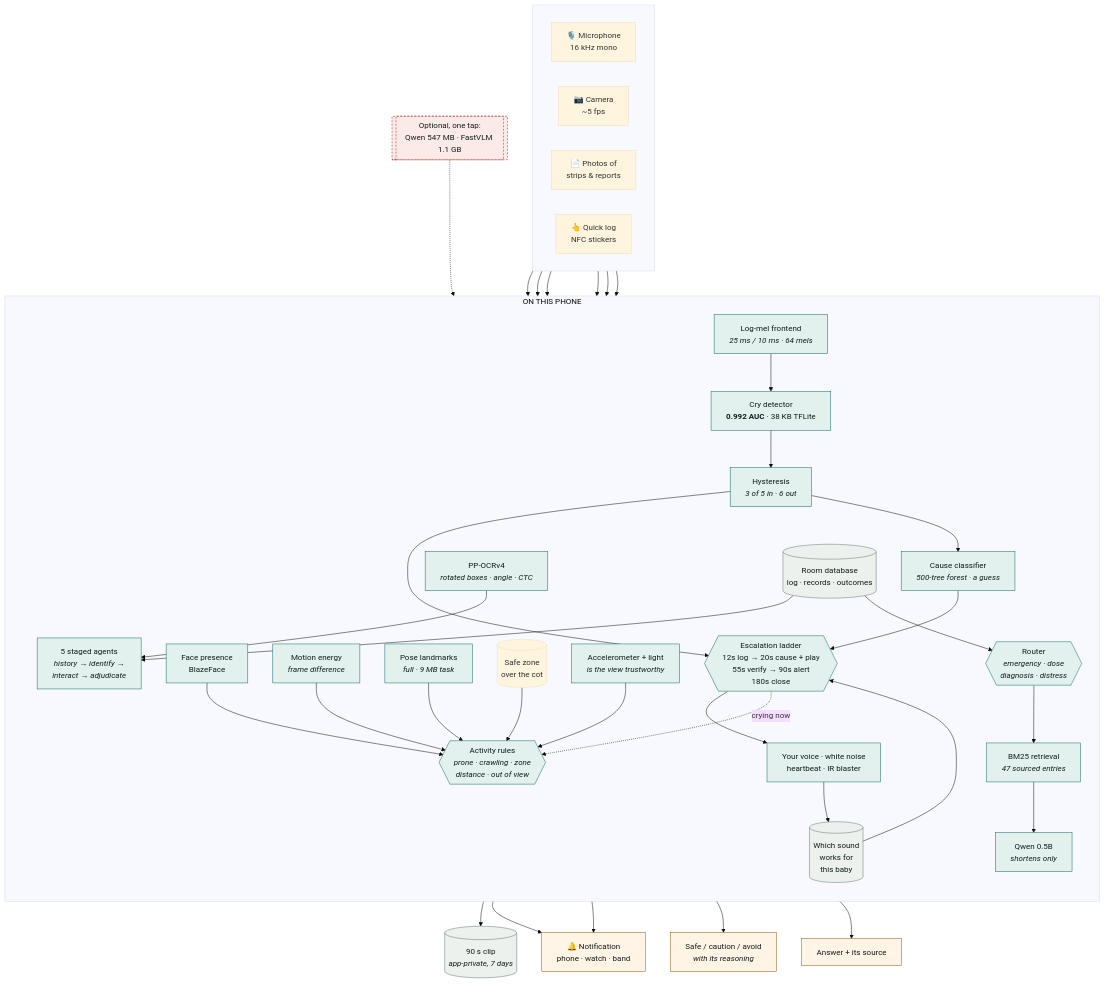
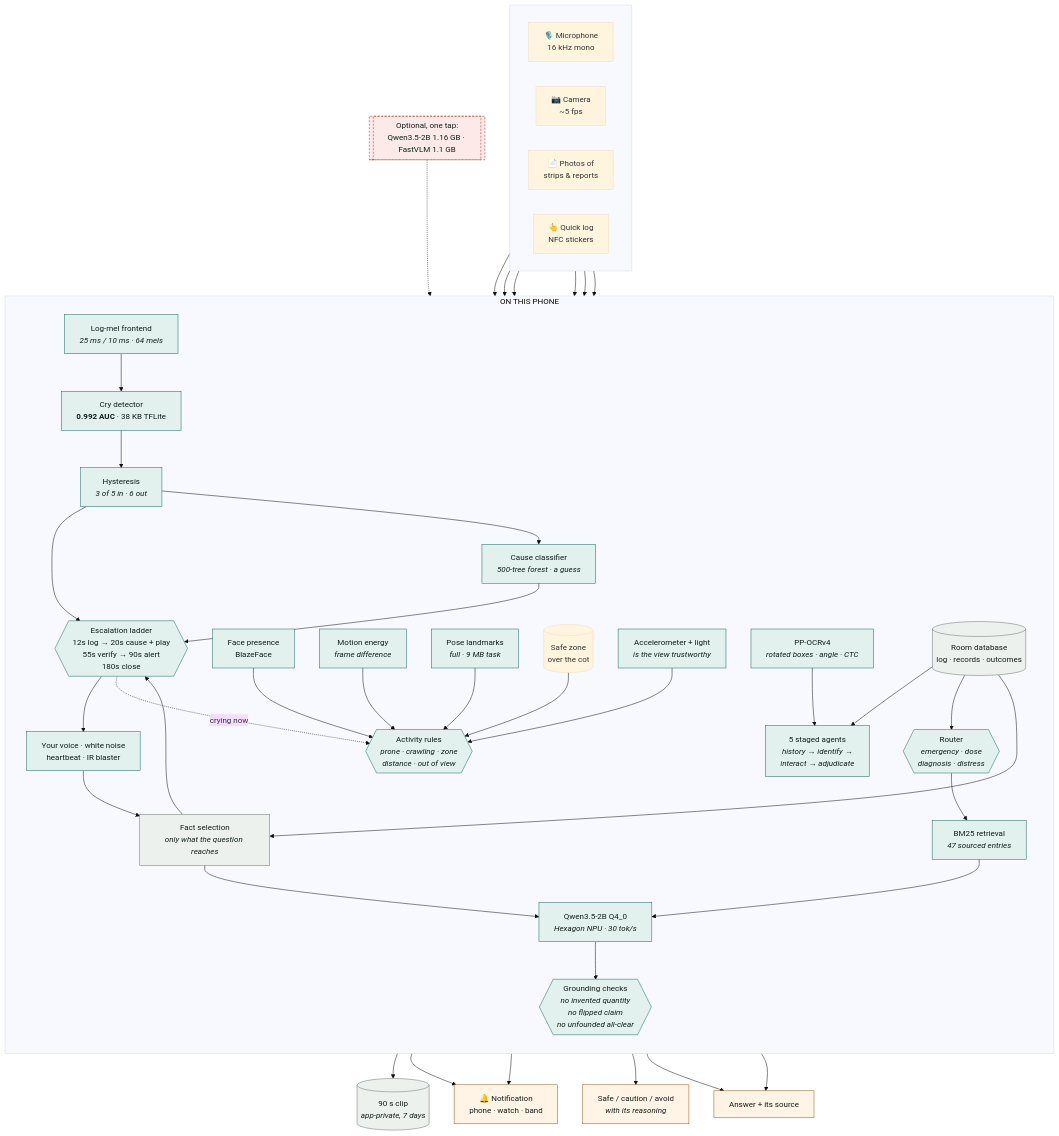
Before and after one commit to nandini-kuppala/Nila-By-Just_Us: the diagram in README.md, drawn with Mermaid (base theme). The commit also changed other lines of this file and 1 other file, not shown here.

````diff
--- a/README.md
+++ b/README.md
@@ -183,72 +190,77 @@
 ```mermaid
 flowchart TB
     subgraph inputs [" "]
         direction LR
         MIC["🎙️ Microphone<br/>16 kHz mono"]
         CAM["📷 Camera<br/>~5 fps"]
         DOC["📄 Photos of<br/>strips &amp; reports"]
         TAP["👆 Quick log<br/>NFC stickers"]
     end
 
     subgraph device ["ON THIS PHONE"]
         direction TB
 
         FE["Log-mel frontend<br/><i>25 ms / 10 ms · 64 mels</i>"]
         DET["Cry detector<br/><b>0.992 AUC</b> · 38 KB TFLite"]
         HYS["Hysteresis<br/><i>3 of 5 in · 6 out</i>"]
         RF["Cause classifier<br/><i>500-tree forest · a guess</i>"]
 
         LADDER{{"Escalation ladder<br/>12s log → 20s cause + play<br/>55s verify → 90s alert<br/>180s close"}}
         SOOTHE["Your voice · white noise<br/>heartbeat · IR blaster"]
         MEM[("Which sound<br/>works for<br/>this baby")]
 
         FACE["Face presence<br/>BlazeFace"]
         MOT["Motion energy<br/><i>frame difference</i>"]
         POSE["Pose landmarks<br/><i>full · 9 MB task</i>"]
         ACT{{"Activity rules<br/><i>prone · crawling · zone<br/>distance · out of view</i>"}}
         SENS["Accelerometer + light<br/><i>is the view trustworthy</i>"]
         ZONE[("Safe zone<br/>over the cot")]
 
         OCR["PP-OCRv4<br/><i>rotated boxes · angle · CTC</i>"]
         AGENTS["5 staged agents<br/><i>history → identify →<br/>interact → adjudicate</i>"]
 
         ROUTE{{"Router<br/><i>emergency · dose<br/>diagnosis · distress</i>"}}
         BM25["BM25 retrieval<br/><i>47 sourced entries</i>"]
-        LLM["Qwen 0.5B<br/><i>shortens only</i>"]
+        MEM["Fact selection<br/><i>only what the question reaches</i>"]
+        LLM["Qwen3.5-2B Q4_0<br/><i>Hexagon NPU · 30 tok/s</i>"]
+        GRD{{"Grounding checks<br/><i>no invented quantity<br/>no flipped claim<br/>no unfounded all-clear</i>"}}
 
         DB[("Room database<br/>log · records · outcomes")]
     end
 
     MIC --> FE --> DET --> HYS --> LADDER
     HYS --> RF --> LADDER
     LADDER --> SOOTHE --> MEM --> LADDER
     CAM --> FACE --> ACT
     CAM --> MOT --> ACT
     CAM --> POSE --> ACT
     ZONE --> ACT
     SENS --> ACT
     DOC --> OCR --> AGENTS
     TAP --> DB
     DB --> AGENTS
     DB --> ROUTE
     ROUTE --> BM25 --> LLM
+    DB --> MEM --> LLM
+    LLM --> GRD
 
     LADDER --> CLIP[("90 s clip<br/><i>app-private, 7 days</i>")]
     LADDER --> ALERT["🔔 Notification<br/>phone · watch · band"]
     ACT --> ALERT
     LADDER -.->|"crying now"| ACT
     AGENTS --> VERDICT["Safe / caution / avoid<br/><i>with its reasoning</i>"]
-    LLM --> ANSWER["Answer + its source"]
+    GRD --> ANSWER["Answer + its source"]
+    BM25 --> ANSWER
 
-    NET[["Optional, one tap:<br/>Qwen 547 MB · FastVLM 1.1 GB"]]
+    NET[["Optional, one tap:<br/>Qwen3.5-2B 1.16 GB · FastVLM 1.1 GB"]]
     NET -.-> LLM
 
     classDef box fill:#E2F1ED,stroke:#0F6B60,stroke-width:1px,color:#101D1A
     classDef out fill:#FFF4E5,stroke:#8F5C0E,color:#101D1A
     classDef net fill:#FBEAE8,stroke:#A6231C,stroke-dasharray:4 3,color:#101D1A
     classDef store fill:#EDF1EE,stroke:#68746F,color:#101D1A
-    class FE,DET,HYS,RF,LADDER,SOOTHE,FACE,MOT,POSE,ACT,SENS,OCR,AGENTS,ROUTE,BM25,LLM box
+    class FE,DET,HYS,RF,LADDER,SOOTHE,FACE,MOT,POSE,ACT,SENS,OCR,AGENTS,ROUTE,BM25,MEM,LLM,GRD box
     class ALERT,VERDICT,ANSWER out
     class NET net
     class DB,MEM,CLIP store
 ```
````
